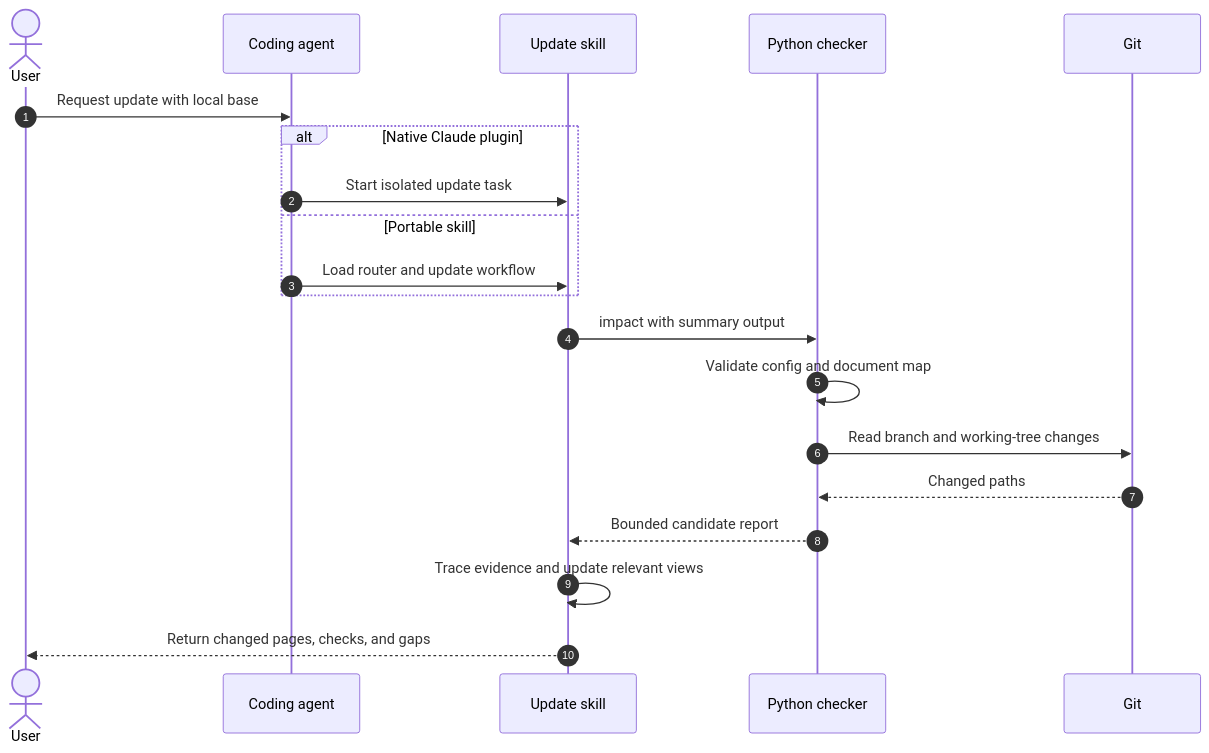
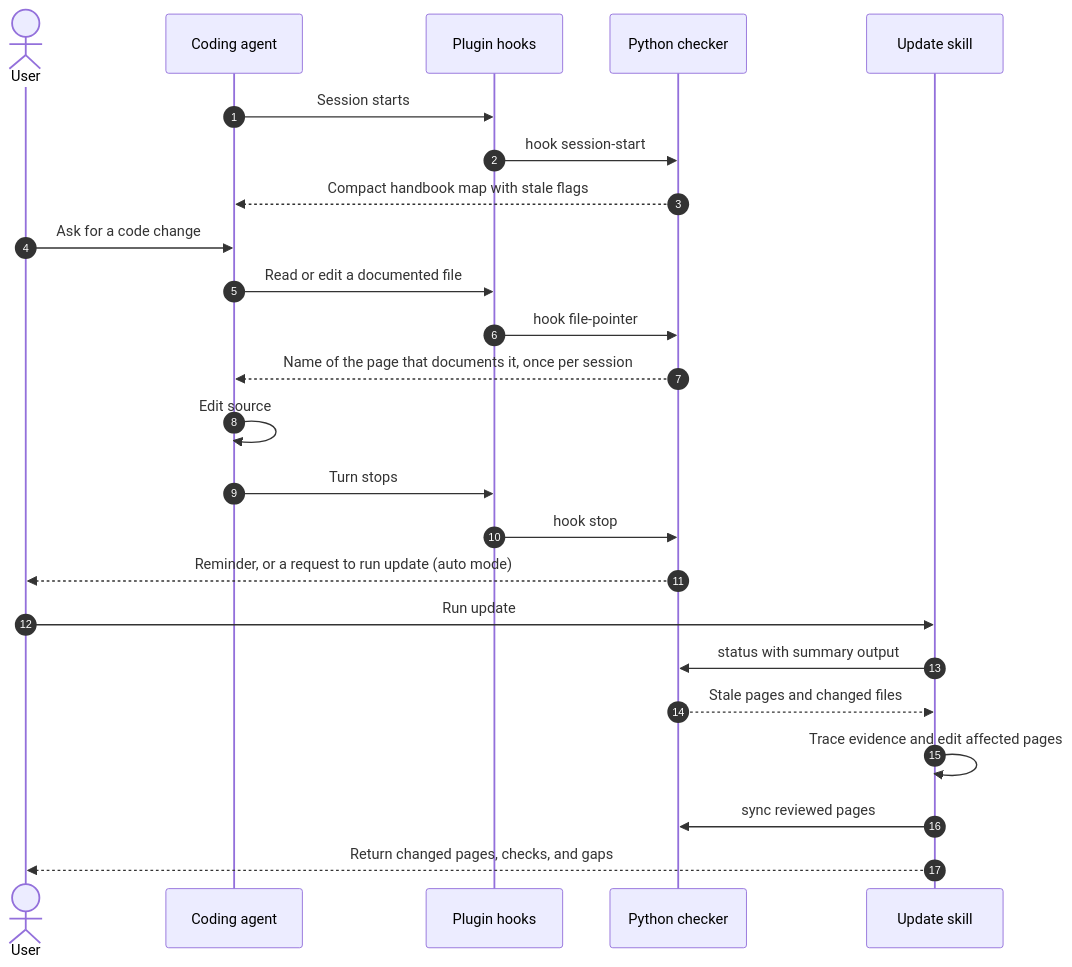
One commit to tushar-mahalya/archlens changed the diagram in docs/architecture/runtime.md. Above: the diagram before and after it, drawn with Mermaid. The commit also changed other lines of this file and 20 other files, not shown here.

````diff
--- a/docs/architecture/runtime.md
+++ b/docs/architecture/runtime.md
@@ -7,22 +7,26 @@
 ```mermaid
 sequenceDiagram
     autonumber
     actor User
     participant Host as Coding agent
+    participant Hook as Plugin hooks
+    participant CLI as Python checker
     participant Task as Update skill
-    participant CLI as Python checker
-    participant Git
-    User->>Host: Request update with local base
-    alt Native Claude plugin
-        Host->>Task: Start isolated update task
-    else Portable skill
-        Host->>Task: Load router and update workflow
-    end
-    Task->>CLI: impact with summary output
-    CLI->>CLI: Validate config and document map
-    CLI->>Git: Read branch and working-tree changes
-    Git-->>CLI: Changed paths
-    CLI-->>Task: Bounded candidate report
-    Task->>Task: Trace evidence and update relevant views
+    Host->>Hook: Session starts
+    Hook->>CLI: hook session-start
+    CLI-->>Host: Compact handbook map with stale flags
+    User->>Host: Ask for a code change
+    Host->>Hook: Read or edit a documented file
+    Hook->>CLI: hook file-pointer
+    CLI-->>Host: Name of the page that documents it, once per session
+    Host->>Host: Edit source
+    Host->>Hook: Turn stops
+    Hook->>CLI: hook stop
+    CLI-->>User: Reminder, or a request to run update (auto mode)
+    User->>Task: Run update
+    Task->>CLI: status with summary output
+    CLI-->>Task: Stale pages and changed files
+    Task->>Task: Trace evidence and edit affected pages
+    Task->>CLI: sync reviewed pages
     Task-->>User: Return changed pages, checks, and gaps
 ```
````
